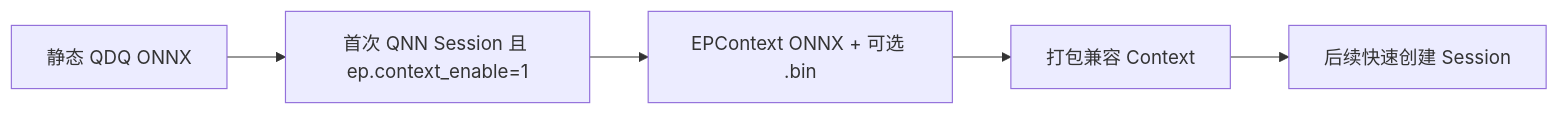
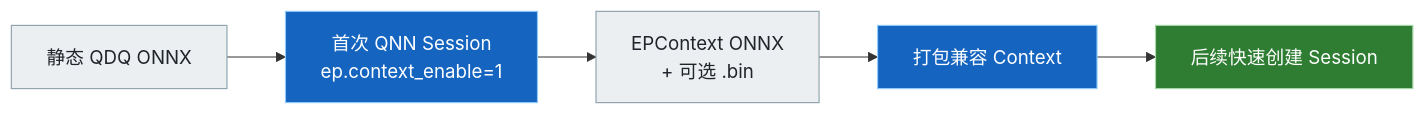
One commit to DakeQQ/Tutorial-ONNX-Runtime-Execution-Providers changed the fourth of 5 diagrams in Qualcomm/README.zh-CN.md. Above: the diagram before and after it, drawn with Mermaid. The commit also changed other lines of this file and 1 other file, not shown here.

````diff
--- a/Qualcomm/README.zh-CN.md
+++ b/Qualcomm/README.zh-CN.md
@@ -653,7 +821,13 @@
 ```mermaid
 flowchart LR
-    A[静态 QDQ ONNX] --> B[首次 QNN Session 且 ep.context_enable=1]
-    B --> C[EPContext ONNX + 可选 .bin]
-    C --> D[打包兼容 Context]
-    D --> E[后续快速创建 Session]
+    A["静态 QDQ ONNX"] --> B["首次 QNN Session<br/>ep.context_enable=1"]
+    B --> C["EPContext ONNX<br/>+ 可选 .bin"]
+    C --> D["打包兼容 Context"]
+    D --> E["后续快速创建 Session"]
+
+    style A fill:#eceff1,stroke:#90a4ae,color:#20242b
+    style B fill:#1565c0,stroke:#90caf9,color:#ffffff
+    style C fill:#eceff1,stroke:#90a4ae,color:#20242b
+    style D fill:#1565c0,stroke:#90caf9,color:#ffffff
+    style E fill:#2e7d32,stroke:#a5d6a7,color:#ffffff
 ```
````
